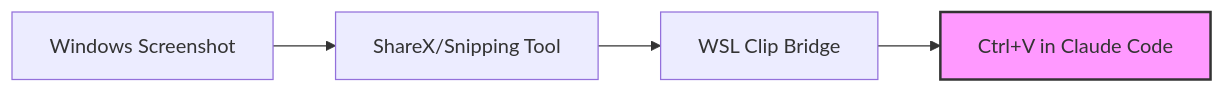
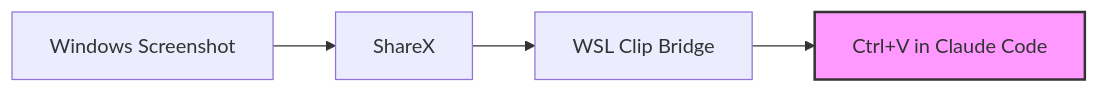
One commit to BarrerosLeo/wsl-clip-bridge changed the diagram in README.md. Above: the diagram before and after it, drawn with Mermaid. The commit also changed other lines of this file, not shown here.

Commit message:
docs: add manual ShareX setup with batch file template

````diff
--- a/README.md
+++ b/README.md
@@ -129,7 +169,7 @@
 ```mermaid
 graph LR
-    A[Windows Screenshot] --> B[ShareX/Snipping Tool]
+    A[Windows Screenshot] --> B[ShareX]
     B --> C[WSL Clip Bridge]
     C --> D[Ctrl+V in Claude Code]
     style D fill:#f9f,stroke:#333,stroke-width:2px
 ```
````
